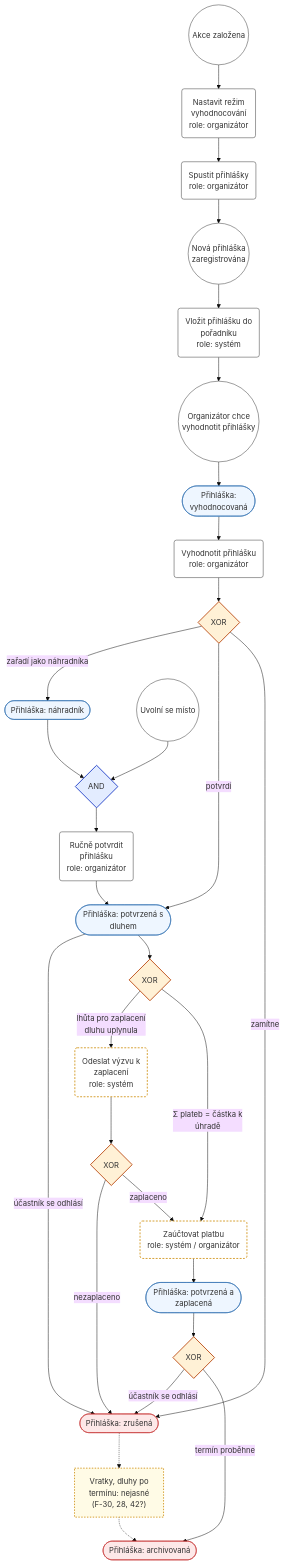
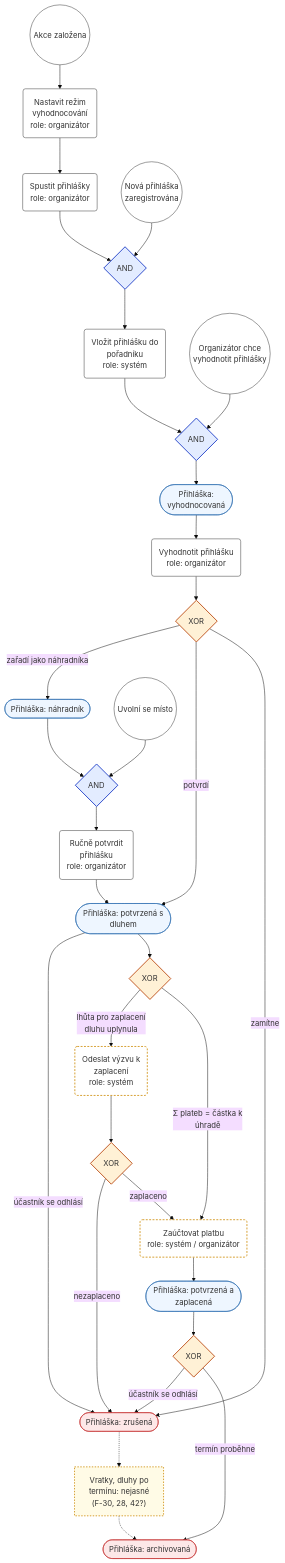
Before and after one commit to applifting-vsecourse/team-1: the diagram in docs/procesy/zpracovani-prihlasky/prihlaska.mmd, drawn with Mermaid (base theme). The commit also changed 5 other files, not shown here.

```diff
--- a/docs/procesy/zpracovani-prihlasky/prihlaska.mmd
+++ b/docs/procesy/zpracovani-prihlasky/prihlaska.mmd
@@ -1,74 +1,78 @@
 flowchart TD
   classDef ev fill:#ffffff,stroke:#333,stroke-width:1px
   classDef timed fill:#ffffff,stroke:#333,stroke-width:1px,stroke-dasharray:2 2
   classDef task fill:#ffffff,stroke:#333
   classDef proc fill:#e6fffa,stroke:#2c7a7b
   classDef st fill:#eef6ff,stroke:#2b6cb0
   classDef endst fill:#fde8e8,stroke:#c53030
   classDef gw_xor fill:#fff1d6,stroke:#c05621,stroke-width:2px
   classDef gw_and fill:#e3ecff,stroke:#2b4acb,stroke-width:2px
   classDef gw_or fill:#e2f7e8,stroke:#2f855a,stroke-width:2px
   classDef note fill:#fffbe6,stroke:#d69e2e,stroke-dasharray:3 3
   classDef unsure stroke-dasharray:4 3,stroke-width:2px,stroke:#d69e2e
 
   n_akce_zalozena(("Akce založena"))
   n_nastavit_rezim("Nastavit režim<br/>vyhodnocování<br/>role: organizátor")
   n_spustit_prihlasky("Spustit přihlášky<br/>role: organizátor")
   n_prihlaska_zaregistrovana(("Nová přihláška<br/>zaregistrována"))
   n_do_poradniku("Vložit přihlášku do<br/>pořadníku<br/>role: systém")
   n_chce_vyhodnotit(("Organizátor chce<br/>vyhodnotit přihlášky"))
   n_s_vyhodnocovana(["Přihláška:<br/>vyhodnocovaná"])
   n_vyhodnotit("Vyhodnotit přihlášku<br/>role: organizátor")
   n_g_vysledek{"XOR"}
   n_s_zrusena(["Přihláška: zrušená"])
   n_s_nahradnik(["Přihláška: náhradník"])
   n_s_potvrzena_dluh(["Přihláška: potvrzená s<br/>dluhem"])
   n_uvolni_se_misto(("Uvolní se místo"))
   n_g_misto{"AND"}
   n_rucne_potvrdit("Ručně potvrdit<br/>přihlášku<br/>role: organizátor")
   n_g_platba{"XOR"}
   n_zaucotovat("Zaúčtovat platbu<br/>role: systém / organizátor")
   n_vyzva("Odeslat výzvu k<br/>zaplacení<br/>role: systém")
   n_g_po_vyzve{"XOR"}
   n_s_potvrzena_zaplacena(["Přihláška: potvrzená a<br/>zaplacená"])
   n_g_termin{"XOR"}
   n_s_archivovana(["Přihláška: archivovaná"])
   n_poznamka_vratky["Vratky, dluhy po<br/>termínu: nejasné<br/>(F-30, 28, 42?)"]
+  n_sync_prihlaska_zaregistrovana{"AND"}
+  n_sync_chce_vyhodnotit{"AND"}
 
   n_akce_zalozena --> n_nastavit_rezim
   n_nastavit_rezim --> n_spustit_prihlasky
-  n_spustit_prihlasky --> n_prihlaska_zaregistrovana
-  n_prihlaska_zaregistrovana --> n_do_poradniku
-  n_do_poradniku --> n_chce_vyhodnotit
-  n_chce_vyhodnotit --> n_s_vyhodnocovana
+  n_spustit_prihlasky --> n_sync_prihlaska_zaregistrovana
+  n_sync_prihlaska_zaregistrovana --> n_do_poradniku
+  n_do_poradniku --> n_sync_chce_vyhodnotit
+  n_sync_chce_vyhodnotit --> n_s_vyhodnocovana
   n_s_vyhodnocovana --> n_vyhodnotit
   n_vyhodnotit --> n_g_vysledek
   n_g_vysledek -->|"zamítne"| n_s_zrusena
   n_g_vysledek -->|"potvrdí"| n_s_potvrzena_dluh
   n_g_vysledek -->|"zařadí jako náhradníka"| n_s_nahradnik
   n_uvolni_se_misto --> n_g_misto
   n_s_nahradnik --> n_g_misto
   n_g_misto --> n_rucne_potvrdit
   n_rucne_potvrdit --> n_s_potvrzena_dluh
   n_s_potvrzena_dluh --> n_g_platba
   n_g_platba -->|"Σ plateb = částka k<br/>úhradě"| n_zaucotovat
   n_g_platba -->|"lhůta pro zaplacení<br/>dluhu uplynula"| n_vyzva
   n_vyzva --> n_g_po_vyzve
   n_g_po_vyzve -->|"zaplaceno"| n_zaucotovat
   n_g_po_vyzve -->|"nezaplaceno"| n_s_zrusena
   n_zaucotovat --> n_s_potvrzena_zaplacena
   n_s_potvrzena_zaplacena --> n_g_termin
   n_g_termin -->|"termín proběhne"| n_s_archivovana
   n_g_termin -->|"účastník se odhlásí"| n_s_zrusena
   n_s_potvrzena_dluh -->|"účastník se odhlásí"| n_s_zrusena
   n_s_zrusena -.-> n_poznamka_vratky
   n_poznamka_vratky -.-> n_s_archivovana
+  n_prihlaska_zaregistrovana --> n_sync_prihlaska_zaregistrovana
+  n_chce_vyhodnotit --> n_sync_chce_vyhodnotit
 
   class n_akce_zalozena,n_prihlaska_zaregistrovana,n_chce_vyhodnotit,n_uvolni_se_misto ev
   class n_nastavit_rezim,n_spustit_prihlasky,n_do_poradniku,n_vyhodnotit,n_rucne_potvrdit,n_zaucotovat,n_vyzva task
   class n_s_vyhodnocovana,n_s_nahradnik,n_s_potvrzena_dluh,n_s_potvrzena_zaplacena st
   class n_g_vysledek,n_g_platba,n_g_po_vyzve,n_g_termin gw_xor
   class n_s_zrusena,n_s_archivovana endst
-  class n_g_misto gw_and
+  class n_g_misto,n_sync_prihlaska_zaregistrovana,n_sync_chce_vyhodnotit gw_and
   class n_zaucotovat,n_vyzva,n_poznamka_vratky unsure
   class n_poznamka_vratky note
```
